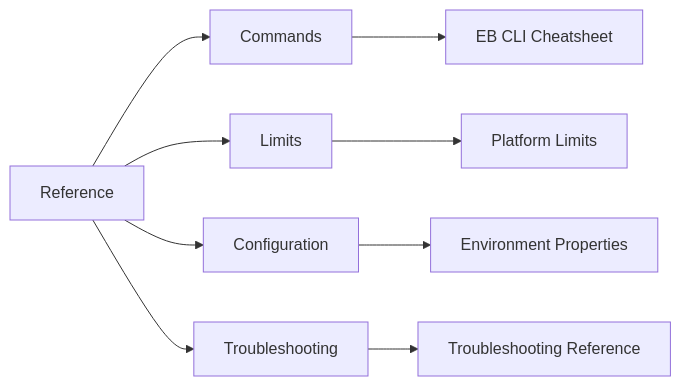
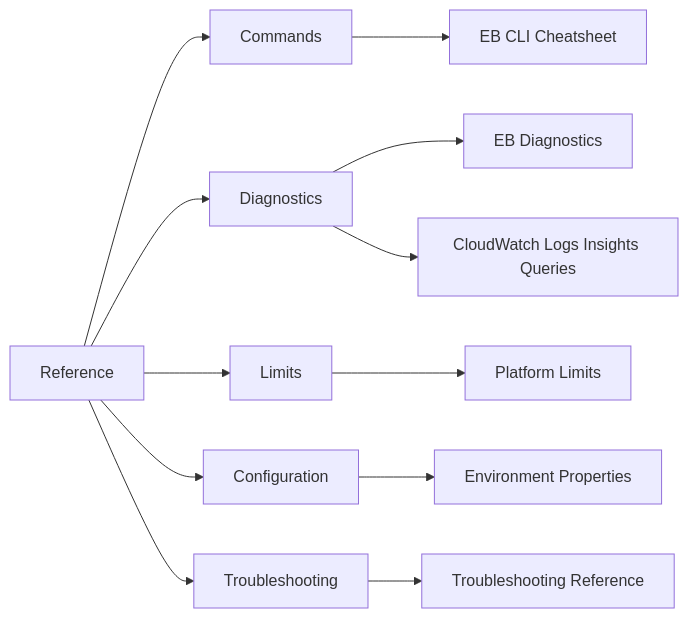
Before and after one commit to yeongseon/aws-elastic-beanstalk-practical-guide: the diagram in docs/reference/index.md, drawn with Mermaid. The commit also changed other lines of this file and 223 other files, not shown here.

````diff
--- a/docs/reference/index.md
+++ b/docs/reference/index.md
@@ -18,11 +20,14 @@
 ```mermaid
 flowchart LR
     A[Reference] --> B[Commands]
+    A --> F[Diagnostics]
     A --> C[Limits]
     A --> D[Configuration]
     A --> E[Troubleshooting]
     B --> B1[EB CLI Cheatsheet]
+    F --> F1[EB Diagnostics]
+    F --> F2[CloudWatch Logs Insights Queries]
     C --> C1[Platform Limits]
     D --> D1[Environment Properties]
     E --> E1[Troubleshooting Reference]
 ```
````
